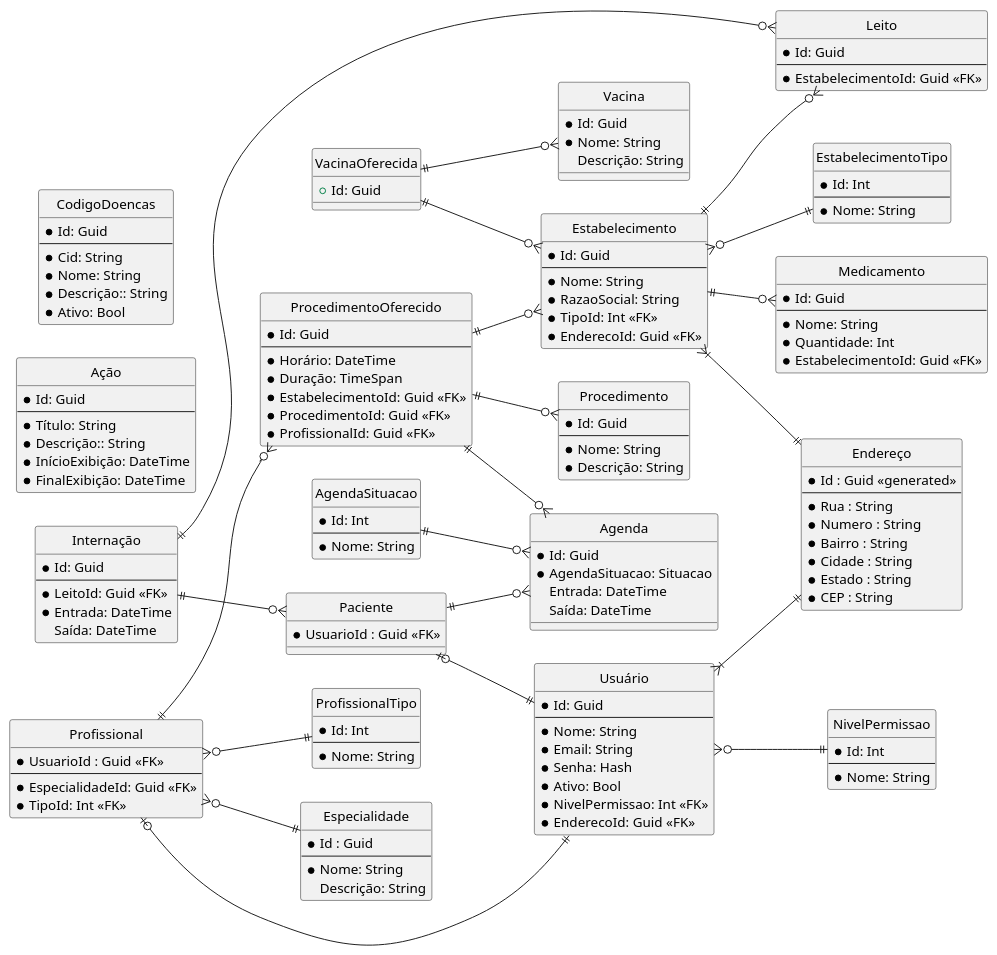
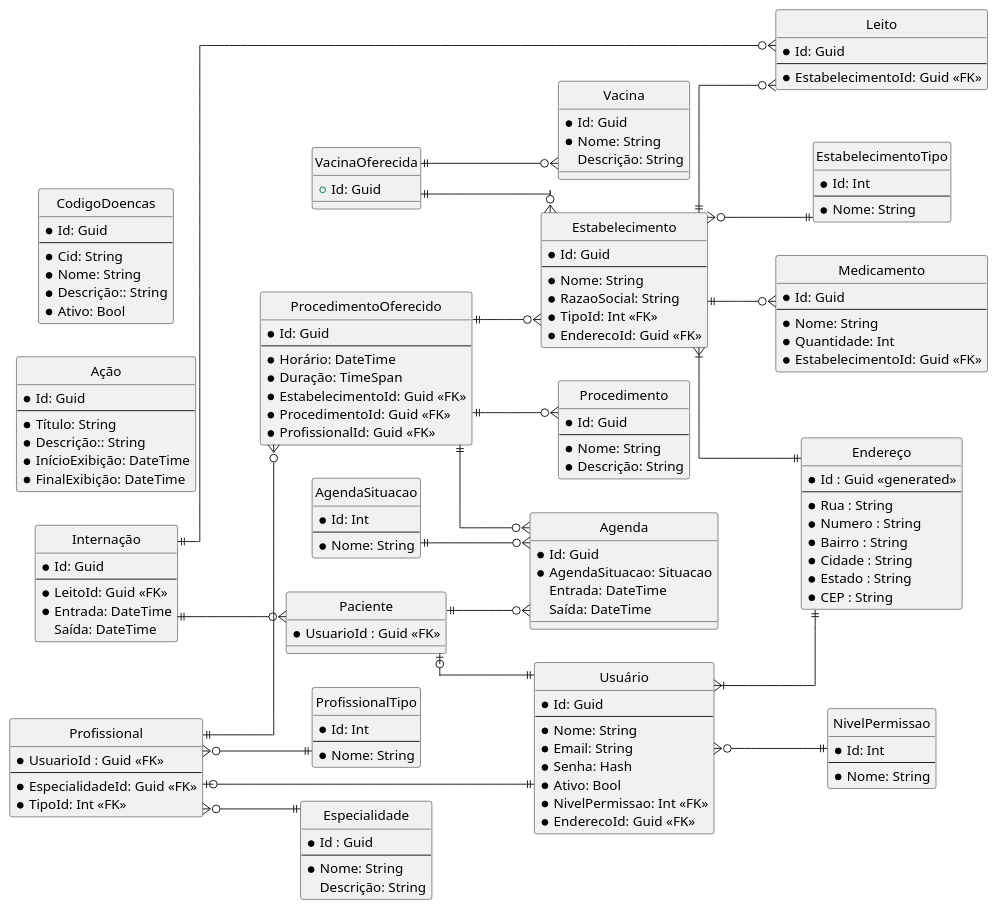
One commit to caiopsouza/puchealth changed the diagram in diagramas/er.puml. Above: the diagram before and after it, drawn with PlantUML. The commit also changed 14 other files, not shown here.

```diff
--- a/diagramas/er.puml
+++ b/diagramas/er.puml
@@ -1,190 +1,190 @@
 @startuml Entidade e relacionamento
 left to right direction
 
 ' hide the spot
 hide circle
 
 ' avoid problems with angled crows feet
-' skinparam linetype ortho
+skinparam linetype ortho
 
 entity "Endereço" as endereco {
   *Id : Guid <<generated>>
   --
   *Rua : String
   *Numero : String
   *Bairro : String
   *Cidade : String
   *Estado : String
   *CEP : String
 }
 
 entity "NivelPermissao" as permissao {
     *Id: Int
     --
     *Nome: String
 }
 
 entity "Usuário" as usuario {
     *Id: Guid
     --
     *Nome: String
     *Email: String
     *Senha: Hash
     *Ativo: Bool
     *NivelPermissao: Int <<FK>>
     *EnderecoId: Guid <<FK>>
 }
 
 usuario }o--|| permissao
 usuario }|--|| endereco
 
 entity "Paciente" as paciente {
   *UsuarioId : Guid <<FK>>
 }
 
 paciente |o--|| usuario
 
 entity "Profissional" as profissional {
   *UsuarioId : Guid <<FK>>
   --
   *EspecialidadeId: Guid <<FK>>
   *TipoId: Int <<FK>>
 }
 
 profissional |o--|| usuario
 
 entity "Especialidade" as especialidade {
   *Id : Guid
   --
   *Nome: String
   Descrição: String
 }
 
 profissional }o--|| especialidade
 
 entity "ProfissionalTipo" as profissional_tipo {
     *Id: Int
     --
     *Nome: String
 }
 
 profissional }o--|| profissional_tipo
 
 entity "Estabelecimento" as estabelecimento {
   *Id: Guid
   --
   *Nome: String
   *RazaoSocial: String
   *TipoId: Int <<FK>>
   *EnderecoId: Guid <<FK>>
 }
 
 estabelecimento }|--|| endereco
 
 entity "EstabelecimentoTipo" as estabelecimento_tipo {
     *Id: Int
     --
     *Nome: String
 }
 
 estabelecimento }o--|| estabelecimento_tipo
 
 entity "Medicamento" as medicamento {
   *Id: Guid
   --
   *Nome: String
   *Quantidade: Int
   *EstabelecimentoId: Guid <<FK>>
 }
 
 estabelecimento ||--o{ medicamento
 
 entity "Vacina" as vacina {
   *Id: Guid
   *Nome: String
   Descrição: String
 }
 
 class "VacinaOferecida" as vacina_oferecida {
   +Id: Guid
 }
 
 vacina_oferecida ||--o{ estabelecimento
 vacina_oferecida ||--o{ vacina
 
 entity "Procedimento" as procedimento {
   *Id: Guid
   --
   *Nome: String
   *Descrição: String
 }
 
 entity "ProcedimentoOferecido" as proc_oferecido {
   *Id: Guid
   --
   *Horário: DateTime
   *Duração: TimeSpan
   *EstabelecimentoId: Guid <<FK>>
   *ProcedimentoId: Guid <<FK>>
   *ProfissionalId: Guid <<FK>>
 }
 
 proc_oferecido ||--o{ estabelecimento
 proc_oferecido ||--o{ procedimento
 profissional ||--o{ proc_oferecido
 
 entity "AgendaSituacao" as agenda_situacao {
     *Id: Int
     --
     *Nome: String
 }
 
 entity "Agenda" as agenda {
   *Id: Guid
   *AgendaSituacao: Situacao
   Entrada: DateTime
   Saída: DateTime
 }
 
 agenda_situacao ||--o{ agenda
 paciente ||--o{ agenda
 proc_oferecido ||--o{ agenda
 
 entity "Leito" as leito {
   *Id: Guid
   --
   *EstabelecimentoId: Guid <<FK>>
 }
 
 estabelecimento ||--o{ leito
 
 entity "Internação" as internacao {
   *Id: Guid
   --
   *LeitoId: Guid <<FK>>
   *Entrada: DateTime
   Saída: DateTime
 }
 
 internacao ||--o{ leito
 internacao ||--o{ paciente
 
 entity "Ação" as acao {
   *Id: Guid
   --
   *Título: String
   *Descrição:: String
   *InícioExibição: DateTime
   *FinalExibição: DateTime
 }
 
 entity "CodigoDoencas" as doencas {
   *Id: Guid
   --
   *Cid: String
   *Nome: String
   *Descrição:: String
   *Ativo: Bool
 }
 
 @enduml
```
